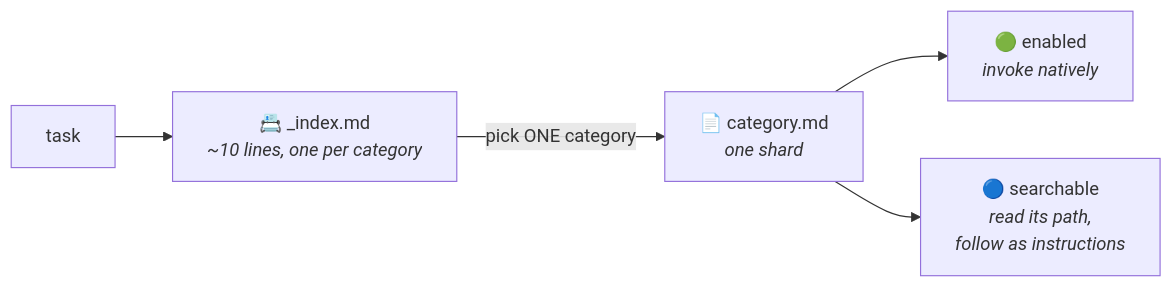
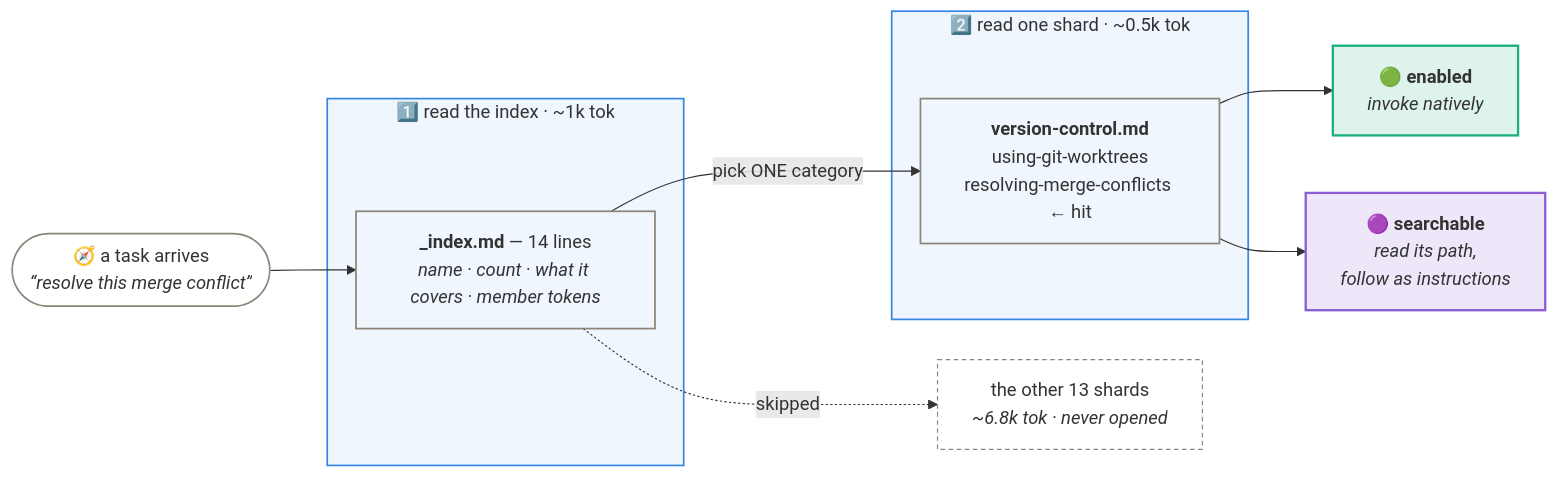
Before and after one commit to danielLublinsky/Skill_Atlas: the diagram in README.md, drawn with Mermaid. The commit also changed other lines of this file, not shown here.

````diff
--- a/README.md
+++ b/README.md
@@ -76,7 +76,31 @@
 ```mermaid
 flowchart LR
-    A["task"] --> B["📇 _index.md<br/><i>~10 lines, one per category</i>"]
-    B -->|pick ONE category| C["📄 category.md<br/><i>one shard</i>"]
-    C --> D["🟢 enabled<br/><i>invoke natively</i>"]
-    C --> E["🔵 searchable<br/><i>read its path,<br/>follow as instructions</i>"]
+    A(["🧭 a task arrives<br/><i>“resolve this merge conflict”</i>"])
+
+    subgraph R1["1️⃣ read the index · ~1k tok"]
+        I["<b>_index.md</b> — 14 lines<br/><i>name · count · what it covers · member tokens</i>"]
+    end
+
+    subgraph R2["2️⃣ read one shard · ~0.5k tok"]
+        S["<b>version-control.md</b><br/>using-git-worktrees<br/>resolving-merge-conflicts ← hit"]
+    end
+
+    X["the other 13 shards<br/><i>~6.8k tok · never opened</i>"]
+
+    A --> I
+    I -- "pick ONE category" --> S
+    I -. skipped .-> X
+    S --> E["🟢 <b>enabled</b><br/><i>invoke natively</i>"]
+    S --> F["🟣 <b>searchable</b><br/><i>read its path,<br/>follow as instructions</i>"]
+
+    classDef plain fill:transparent,stroke:#8a8578,stroke-width:1.5px
+    classDef hit fill:#1baf7a26,stroke:#1baf7a,stroke-width:2px
+    classDef dormant fill:#8a5cd626,stroke:#8a5cd6,stroke-width:2px
+    classDef muted fill:transparent,stroke:#8a8578,stroke-width:1px,stroke-dasharray:4 3
+    class A,I,S plain
+    class E hit
+    class F dormant
+    class X muted
+    style R1 fill:#3987e514,stroke:#3987e5,stroke-width:1.5px
+    style R2 fill:#3987e514,stroke:#3987e5,stroke-width:1.5px
 ```
````
